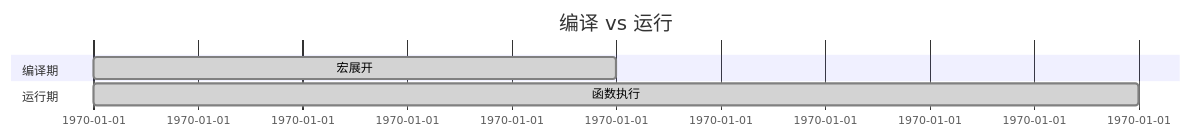
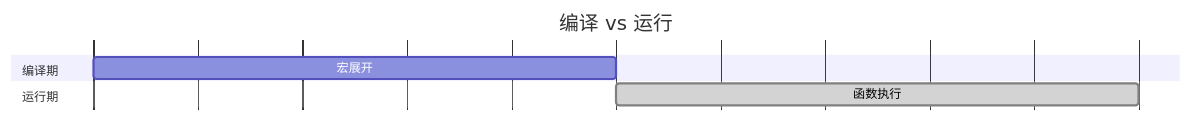
Before and after one commit to before80/prgms: the diagram in content/Rust/basic/Chapter-12-Macros.md, drawn with Mermaid. The commit also changed 15 other files, not shown here.

````diff
--- a/content/Rust/basic/Chapter-12-Macros.md
+++ b/content/Rust/basic/Chapter-12-Macros.md
@@ -65,9 +65,10 @@
 ```mermaid
 gantt
     title 编译 vs 运行
     dateFormat X
+    axisFormat  
     section 编译期
-    宏展开 : done, 0, 5
+    宏展开 : 0, 5
     section 运行期
-    函数执行 : done, 5, 10
+    函数执行 : done, 10
 ```
````
